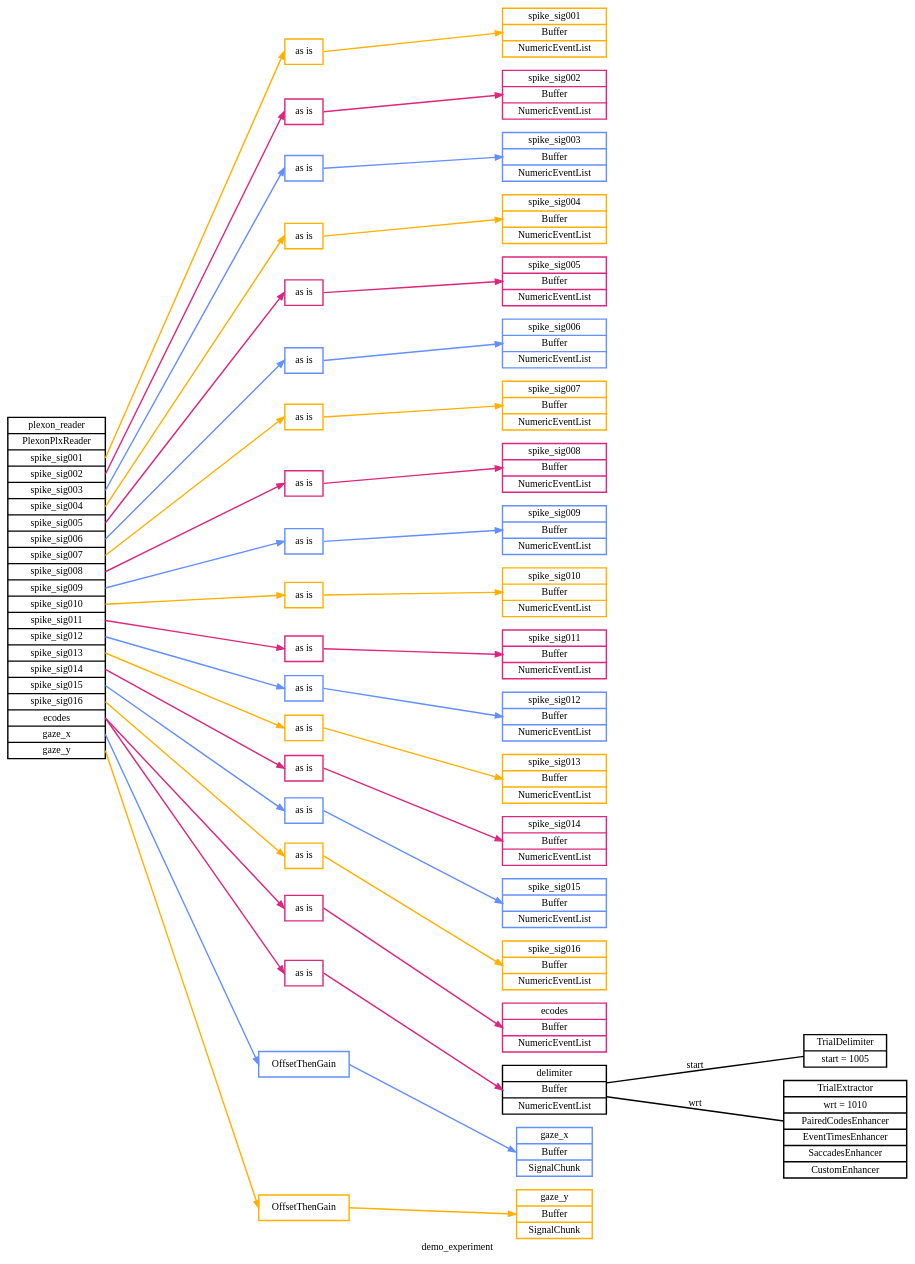
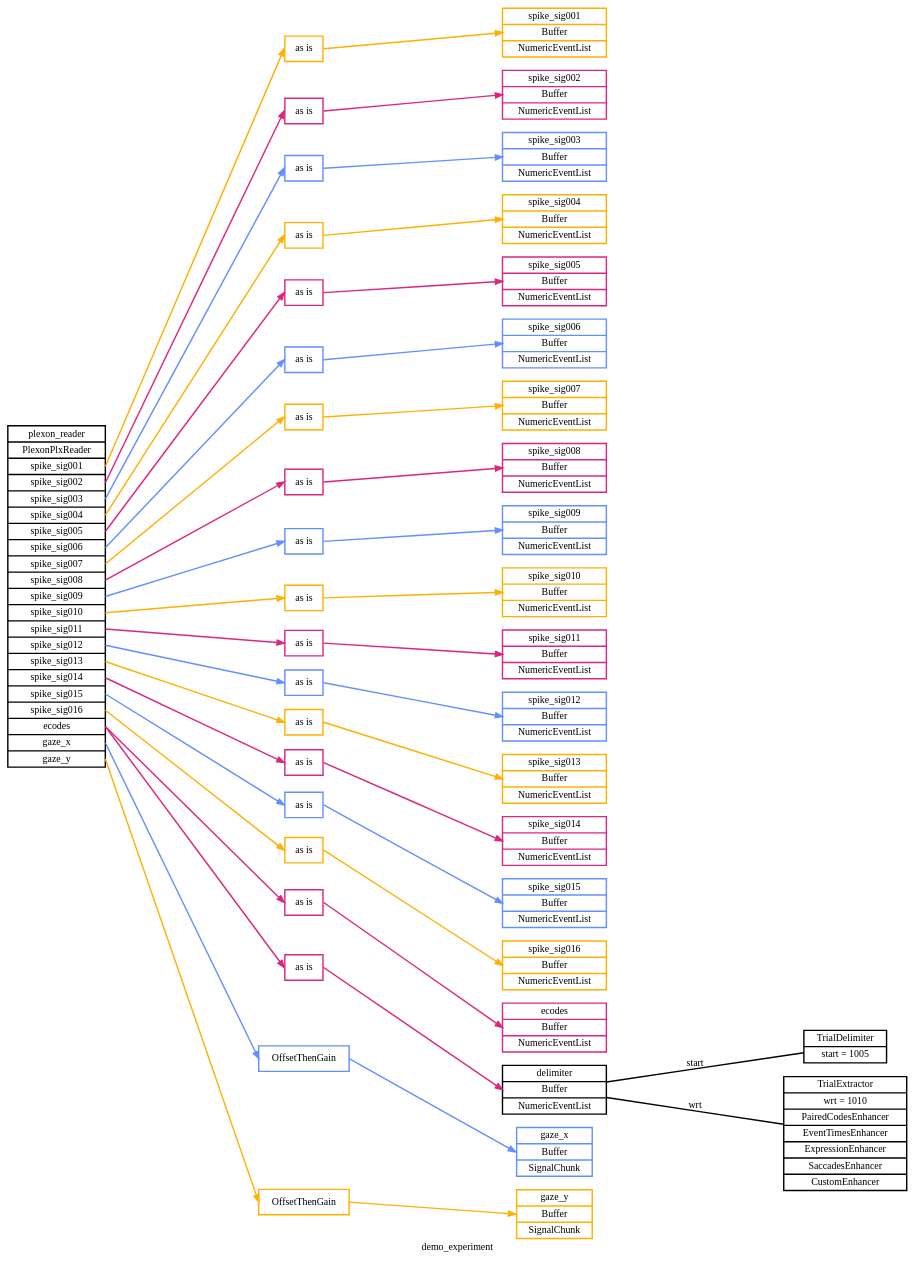
The diagram in pyramid/docs/plexon-demo/demo_experiment.dot (benjamin-heasly/gold-lab-nwb-conversions), drawn with Graphviz before and after one commit. The commit also changed 5 other files, not shown here.

Commit message:
Chence some Pyramid demo enhancer checks to use trial expressions.

```diff
--- a/pyramid/docs/plexon-demo/demo_experiment.dot
+++ b/pyramid/docs/plexon-demo/demo_experiment.dot
@@ -1,90 +1,90 @@
 digraph demo_experiment {
 	graph [label=demo_experiment overlap=scale rankdir=LR ranksep=3.0 splines=false]
 	node [penwidth=2.0]
 	edge [penwidth=2.0]
 	plexon_reader [label="plexon_reader|PlexonPlxReader|<spike_sig001>spike_sig001|<spike_sig002>spike_sig002|<spike_sig003>spike_sig003|<spike_sig004>spike_sig004|<spike_sig005>spike_sig005|<spike_sig006>spike_sig006|<spike_sig007>spike_sig007|<spike_sig008>spike_sig008|<spike_sig009>spike_sig009|<spike_sig010>spike_sig010|<spike_sig011>spike_sig011|<spike_sig012>spike_sig012|<spike_sig013>spike_sig013|<spike_sig014>spike_sig014|<spike_sig015>spike_sig015|<spike_sig016>spike_sig016|<ecodes>ecodes|<gaze_x>gaze_x|<gaze_y>gaze_y" shape=record]
 	spike_sig001 [label="spike_sig001|Buffer|NumericEventList" color="#FFB000" shape=record]
 	spike_sig002 [label="spike_sig002|Buffer|NumericEventList" color="#DC267F" shape=record]
 	spike_sig003 [label="spike_sig003|Buffer|NumericEventList" color="#648FFF" shape=record]
 	spike_sig004 [label="spike_sig004|Buffer|NumericEventList" color="#FFB000" shape=record]
 	spike_sig005 [label="spike_sig005|Buffer|NumericEventList" color="#DC267F" shape=record]
 	spike_sig006 [label="spike_sig006|Buffer|NumericEventList" color="#648FFF" shape=record]
 	spike_sig007 [label="spike_sig007|Buffer|NumericEventList" color="#FFB000" shape=record]
 	spike_sig008 [label="spike_sig008|Buffer|NumericEventList" color="#DC267F" shape=record]
 	spike_sig009 [label="spike_sig009|Buffer|NumericEventList" color="#648FFF" shape=record]
 	spike_sig010 [label="spike_sig010|Buffer|NumericEventList" color="#FFB000" shape=record]
 	spike_sig011 [label="spike_sig011|Buffer|NumericEventList" color="#DC267F" shape=record]
 	spike_sig012 [label="spike_sig012|Buffer|NumericEventList" color="#648FFF" shape=record]
 	spike_sig013 [label="spike_sig013|Buffer|NumericEventList" color="#FFB000" shape=record]
 	spike_sig014 [label="spike_sig014|Buffer|NumericEventList" color="#DC267F" shape=record]
 	spike_sig015 [label="spike_sig015|Buffer|NumericEventList" color="#648FFF" shape=record]
 	spike_sig016 [label="spike_sig016|Buffer|NumericEventList" color="#FFB000" shape=record]
 	ecodes [label="ecodes|Buffer|NumericEventList" color="#DC267F" shape=record]
 	gaze_x [label="gaze_x|Buffer|SignalChunk" color="#648FFF" shape=record]
 	gaze_y [label="gaze_y|Buffer|SignalChunk" color="#FFB000" shape=record]
 	delimiter [label="delimiter|Buffer|NumericEventList" shape=record]
 	plexon_reader_route_0 [label="as is" color="#FFB000" shape=record]
 	plexon_reader:spike_sig001:e -> plexon_reader_route_0:w [color="#FFB000"]
 	plexon_reader_route_0:e -> spike_sig001:w [color="#FFB000"]
 	plexon_reader_route_1 [label="as is" color="#DC267F" shape=record]
 	plexon_reader:spike_sig002:e -> plexon_reader_route_1:w [color="#DC267F"]
 	plexon_reader_route_1:e -> spike_sig002:w [color="#DC267F"]
 	plexon_reader_route_2 [label="as is" color="#648FFF" shape=record]
 	plexon_reader:spike_sig003:e -> plexon_reader_route_2:w [color="#648FFF"]
 	plexon_reader_route_2:e -> spike_sig003:w [color="#648FFF"]
 	plexon_reader_route_3 [label="as is" color="#FFB000" shape=record]
 	plexon_reader:spike_sig004:e -> plexon_reader_route_3:w [color="#FFB000"]
 	plexon_reader_route_3:e -> spike_sig004:w [color="#FFB000"]
 	plexon_reader_route_4 [label="as is" color="#DC267F" shape=record]
 	plexon_reader:spike_sig005:e -> plexon_reader_route_4:w [color="#DC267F"]
 	plexon_reader_route_4:e -> spike_sig005:w [color="#DC267F"]
 	plexon_reader_route_5 [label="as is" color="#648FFF" shape=record]
 	plexon_reader:spike_sig006:e -> plexon_reader_route_5:w [color="#648FFF"]
 	plexon_reader_route_5:e -> spike_sig006:w [color="#648FFF"]
 	plexon_reader_route_6 [label="as is" color="#FFB000" shape=record]
 	plexon_reader:spike_sig007:e -> plexon_reader_route_6:w [color="#FFB000"]
 	plexon_reader_route_6:e -> spike_sig007:w [color="#FFB000"]
 	plexon_reader_route_7 [label="as is" color="#DC267F" shape=record]
 	plexon_reader:spike_sig008:e -> plexon_reader_route_7:w [color="#DC267F"]
 	plexon_reader_route_7:e -> spike_sig008:w [color="#DC267F"]
 	plexon_reader_route_8 [label="as is" color="#648FFF" shape=record]
 	plexon_reader:spike_sig009:e -> plexon_reader_route_8:w [color="#648FFF"]
 	plexon_reader_route_8:e -> spike_sig009:w [color="#648FFF"]
 	plexon_reader_route_9 [label="as is" color="#FFB000" shape=record]
 	plexon_reader:spike_sig010:e -> plexon_reader_route_9:w [color="#FFB000"]
 	plexon_reader_route_9:e -> spike_sig010:w [color="#FFB000"]
 	plexon_reader_route_10 [label="as is" color="#DC267F" shape=record]
 	plexon_reader:spike_sig011:e -> plexon_reader_route_10:w [color="#DC267F"]
 	plexon_reader_route_10:e -> spike_sig011:w [color="#DC267F"]
 	plexon_reader_route_11 [label="as is" color="#648FFF" shape=record]
 	plexon_reader:spike_sig012:e -> plexon_reader_route_11:w [color="#648FFF"]
 	plexon_reader_route_11:e -> spike_sig012:w [color="#648FFF"]
 	plexon_reader_route_12 [label="as is" color="#FFB000" shape=record]
 	plexon_reader:spike_sig013:e -> plexon_reader_route_12:w [color="#FFB000"]
 	plexon_reader_route_12:e -> spike_sig013:w [color="#FFB000"]
 	plexon_reader_route_13 [label="as is" color="#DC267F" shape=record]
 	plexon_reader:spike_sig014:e -> plexon_reader_route_13:w [color="#DC267F"]
 	plexon_reader_route_13:e -> spike_sig014:w [color="#DC267F"]
 	plexon_reader_route_14 [label="as is" color="#648FFF" shape=record]
 	plexon_reader:spike_sig015:e -> plexon_reader_route_14:w [color="#648FFF"]
 	plexon_reader_route_14:e -> spike_sig015:w [color="#648FFF"]
 	plexon_reader_route_15 [label="as is" color="#FFB000" shape=record]
 	plexon_reader:spike_sig016:e -> plexon_reader_route_15:w [color="#FFB000"]
 	plexon_reader_route_15:e -> spike_sig016:w [color="#FFB000"]
 	plexon_reader_route_16 [label="as is" color="#DC267F" shape=record]
 	plexon_reader:ecodes:e -> plexon_reader_route_16:w [color="#DC267F"]
 	plexon_reader_route_16:e -> ecodes:w [color="#DC267F"]
 	plexon_reader_route_17 [label=OffsetThenGain color="#648FFF" shape=record]
 	plexon_reader:gaze_x:e -> plexon_reader_route_17:w [color="#648FFF"]
 	plexon_reader_route_17:e -> gaze_x:w [color="#648FFF"]
 	plexon_reader_route_18 [label=OffsetThenGain color="#FFB000" shape=record]
 	plexon_reader:gaze_y:e -> plexon_reader_route_18:w [color="#FFB000"]
 	plexon_reader_route_18:e -> gaze_y:w [color="#FFB000"]
 	plexon_reader_route_19 [label="as is" color="#DC267F" shape=record]
 	plexon_reader:ecodes:e -> plexon_reader_route_19:w [color="#DC267F"]
 	plexon_reader_route_19:e -> delimiter:w [color="#DC267F"]
 	trial_delimiter [label="TrialDelimiter|start = 1005" shape=record]
 	delimiter -> trial_delimiter [label=start arrowhead=none arrowtail=none]
-	trial_extractor [label="TrialExtractor|wrt = 1010|PairedCodesEnhancer|EventTimesEnhancer|SaccadesEnhancer|CustomEnhancer" shape=record]
+	trial_extractor [label="TrialExtractor|wrt = 1010|PairedCodesEnhancer|EventTimesEnhancer|ExpressionEnhancer|SaccadesEnhancer|CustomEnhancer" shape=record]
 	delimiter -> trial_extractor [label=wrt arrowhead=none arrowtail=none]
 }
```
